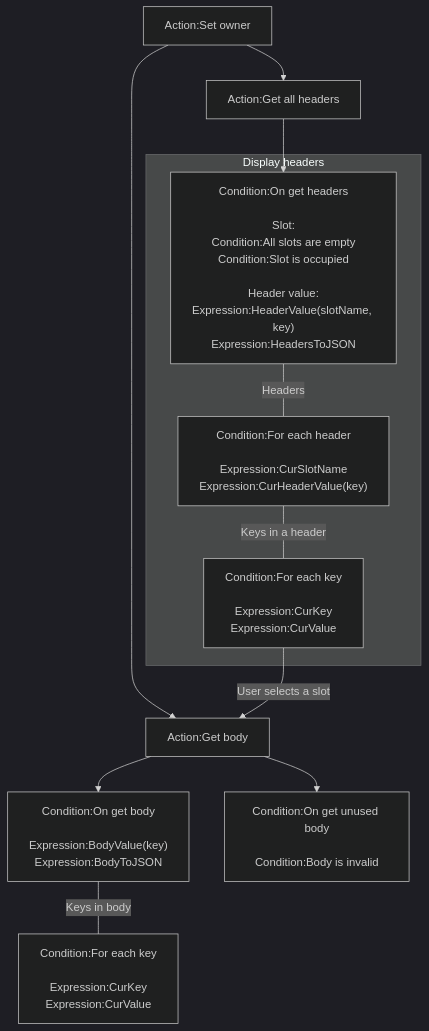
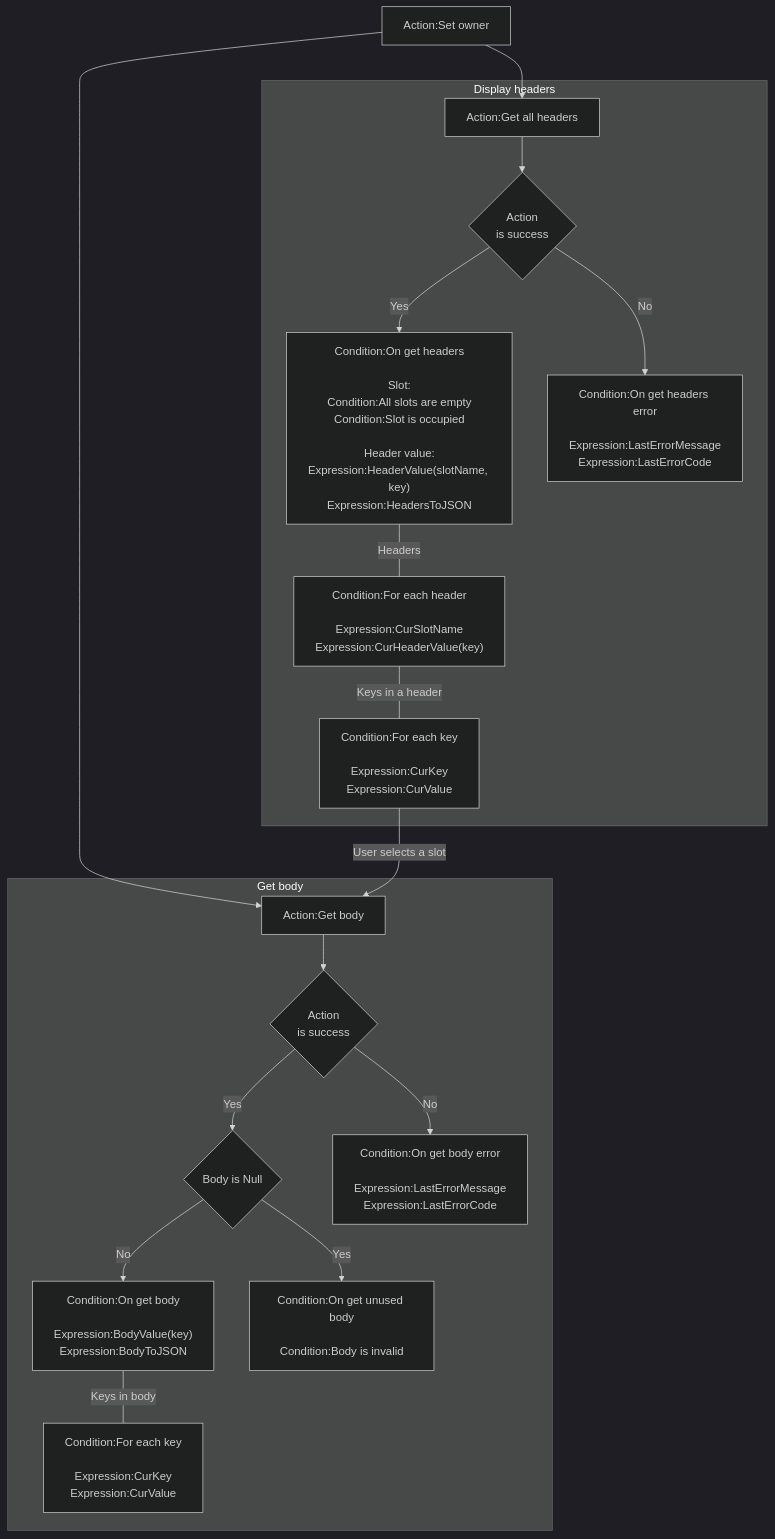
One commit to rexrainbow/C2RexDoc changed the second of 3 diagrams in plugins.md/rex_firebase_savedata.md. Above: the diagram before and after it, drawn with Mermaid (dark theme). The commit also changed other lines of this file and 10 other files, not shown here.

````diff
--- a/plugins.md/rex_firebase_savedata.md
+++ b/plugins.md/rex_firebase_savedata.md
@@ -98,18 +100,30 @@
 ```mermaid
 graph TB
 
 ActSetOwner[Action:Set owner] --> ActGetHeaders["Action:Get all headers"]
-ActGetHeaders --> CondOnGetHeaders["Condition:On get headers<br> <br>Slot:<br>Condition:All slots are empty<br>Condition:Slot is occupied<br> <br>Header value:<br>Expression:HeaderValue(slotName, key)<br>Expression:HeadersToJSON"]
+
 
 subgraph Display headers
+ActGetHeaders --> ActionIsSuccess0
+ActionIsSuccess0{Action<br>is success} --> |Yes| CondOnGetHeaders["Condition:On get headers<br> <br>Slot:<br>Condition:All slots are empty<br>Condition:Slot is occupied<br> <br>Header value:<br>Expression:HeaderValue(slotName, key)<br>Expression:HeadersToJSON"]
 CondOnGetHeaders --- |Headers| CondForEachHeader["Condition:For each header<br> <br>Expression:CurSlotName<br>Expression:CurHeaderValue(key)"]
 CondForEachHeader --- |Keys in a header| CondForEachKeyInHeader["Condition:For each key<br> <br>Expression:CurKey<br>Expression:CurValue"]
+
+ActionIsSuccess0 --> |No| CondOnGetAllHeadersError["Condition:On get headers error<br> <br>Expression:LastErrorMessage<br>Expression:LastErrorCode"]
 end
 
-ActSetOwner --> ActGetBody["Action:Get body"]
+
+
+subgraph Get body
+ActGetBody["Action:Get body"] --> ActionIsSuccess1{Action<br>is success}
+ActionIsSuccess1 --> |Yes| NullBody{Body is Null}
+NullBody --> |No| CondOnGetBody["Condition:On get body<br> <br>Expression:BodyValue(key)<br>Expression:BodyToJSON"]
+CondOnGetBody --- |Keys in body| CondForEachKeyInBody["Condition:For each key<br> <br>Expression:CurKey<br>Expression:CurValue"]
+NullBody --> |Yes| CondOngetUnusedBody["Condition:On get unused body<br> <br>Condition:Body is invalid"]
+
+ActionIsSuccess1 --> |No| CondOnGetBodyError["Condition:On get body error<br> <br>Expression:LastErrorMessage<br>Expression:LastErrorCode"]
+end
+
+ActSetOwner --> ActGetBody
 CondForEachKeyInHeader --> |User selects a slot| ActGetBody
-
-ActGetBody --> CondOnGetBody["Condition:On get body<br> <br>Expression:BodyValue(key)<br>Expression:BodyToJSON"]
-CondOnGetBody --- |Keys in body| CondForEachKeyInBody["Condition:For each key<br> <br>Expression:CurKey<br>Expression:CurValue"]
-ActGetBody --> CondOngetUnusedBody["Condition:On get unused body<br> <br>Condition:Body is invalid"]
 ```
````
